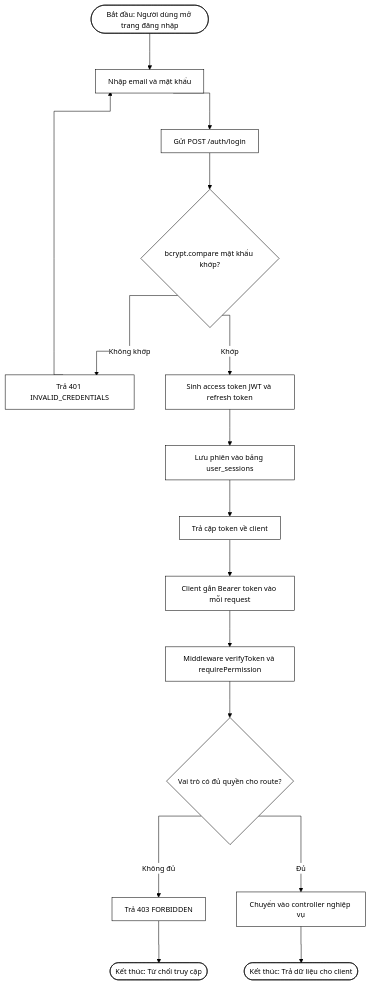
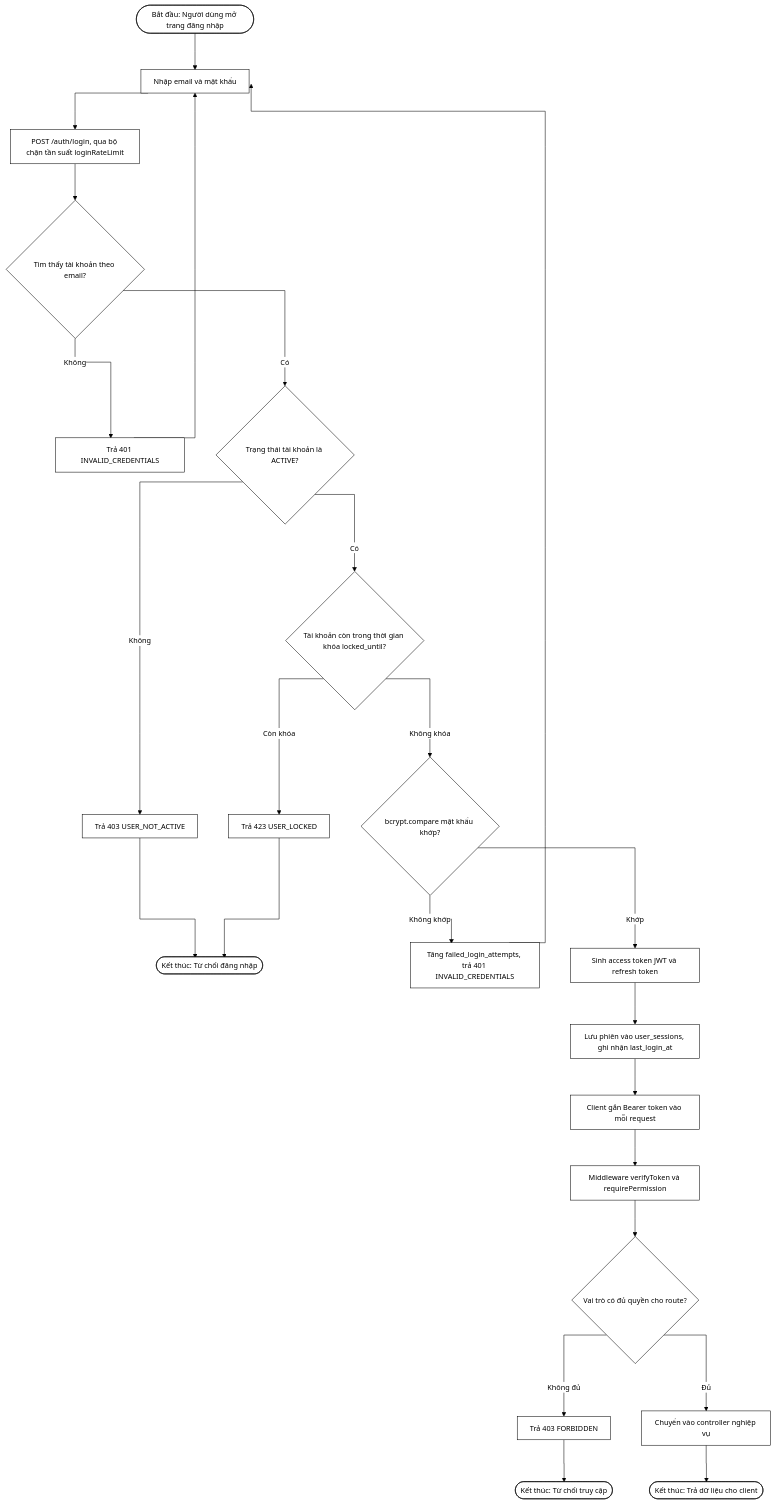
The diagram in docs/diagrams/07_2-4-1_6-quy-trinh-xac-thuc-va-phan-quyen_flow.mmd (nguyenthihongnhu-dotcom/luanvan2026), drawn with Mermaid before and after one commit. The commit also changed 139 other files, not shown here.

Commit message:
new diagram

```diff
--- a/docs/diagrams/07_2-4-1_6-quy-trinh-xac-thuc-va-phan-quyen_flow.mmd
+++ b/docs/diagrams/07_2-4-1_6-quy-trinh-xac-thuc-va-phan-quyen_flow.mmd
@@ -1,39 +1,47 @@
 %%{init: {
   'theme': 'base',
   'themeVariables': {
     'primaryColor': '#ffffff',
     'primaryBorderColor': '#000000',
     'primaryTextColor': '#000000',
     'secondaryColor': '#ffffff',
     'secondaryBorderColor': '#000000',
     'secondaryTextColor': '#000000',
     'tertiaryColor': '#ffffff',
     'tertiaryBorderColor': '#000000',
     'tertiaryTextColor': '#000000',
     'lineColor': '#000000',
     'textColor': '#000000',
     'mainBkg': '#ffffff',
     'nodeBorder': '#000000',
     'clusterBkg': '#ffffff',
     'clusterBorder': '#000000',
     'edgeLabelBackground': '#ffffff',
     'fontSize': '14px'
   },
   'flowchart': { 'curve': 'stepAfter', 'nodeSpacing': 60, 'rankSpacing': 70, 'padding': 12, 'useMaxWidth': false }
 }}%%
 flowchart TD
     Start(["Bắt đầu: Người dùng mở trang đăng nhập"]) --> A["Nhập email và mật khẩu"]
-    A --> B["Gửi POST /auth/login"]
-    B --> C{"bcrypt.compare mật khẩu khớp?"}
-    C -->|Không khớp| C1["Trả 401 INVALID_CREDENTIALS"]
+    A --> B["POST /auth/login, qua bộ chặn tần suất loginRateLimit"]
+    B --> C{"Tìm thấy tài khoản theo email?"}
+    C -->|Không| C1["Trả 401 INVALID_CREDENTIALS"]
     C1 --> A
-    C -->|Khớp| Dn["Sinh access token JWT và refresh token"]
-    Dn --> E["Lưu phiên vào bảng user_sessions"]
-    E --> F["Trả cặp token về client"]
-    F --> G["Client gắn Bearer token vào mỗi request"]
-    G --> H["Middleware verifyToken và requirePermission"]
-    H --> I{"Vai trò có đủ quyền cho route?"}
-    I -->|Không đủ| I1["Trả 403 FORBIDDEN"]
-    I1 --> End1(["Kết thúc: Từ chối truy cập"])
-    I -->|Đủ| J["Chuyển vào controller nghiệp vụ"]
-    J --> End2(["Kết thúc: Trả dữ liệu cho client"])
+    C -->|Có| Dq{"Trạng thái tài khoản là ACTIVE?"}
+    Dq -->|Không| D1["Trả 403 USER_NOT_ACTIVE"]
+    D1 --> End1(["Kết thúc: Từ chối đăng nhập"])
+    Dq -->|Có| E{"Tài khoản còn trong thời gian khóa locked_until?"}
+    E -->|Còn khóa| E1["Trả 423 USER_LOCKED"]
+    E1 --> End1
+    E -->|Không khóa| F{"bcrypt.compare mật khẩu khớp?"}
+    F -->|Không khớp| F1["Tăng failed_login_attempts, trả 401 INVALID_CREDENTIALS"]
+    F1 --> A
+    F -->|Khớp| G["Sinh access token JWT và refresh token"]
+    G --> H["Lưu phiên vào user_sessions, ghi nhận last_login_at"]
+    H --> I["Client gắn Bearer token vào mỗi request"]
+    I --> J["Middleware verifyToken và requirePermission"]
+    J --> K{"Vai trò có đủ quyền cho route?"}
+    K -->|Không đủ| K1["Trả 403 FORBIDDEN"]
+    K1 --> End2(["Kết thúc: Từ chối truy cập"])
+    K -->|Đủ| L["Chuyển vào controller nghiệp vụ"]
+    L --> End3(["Kết thúc: Trả dữ liệu cho client"])
```
